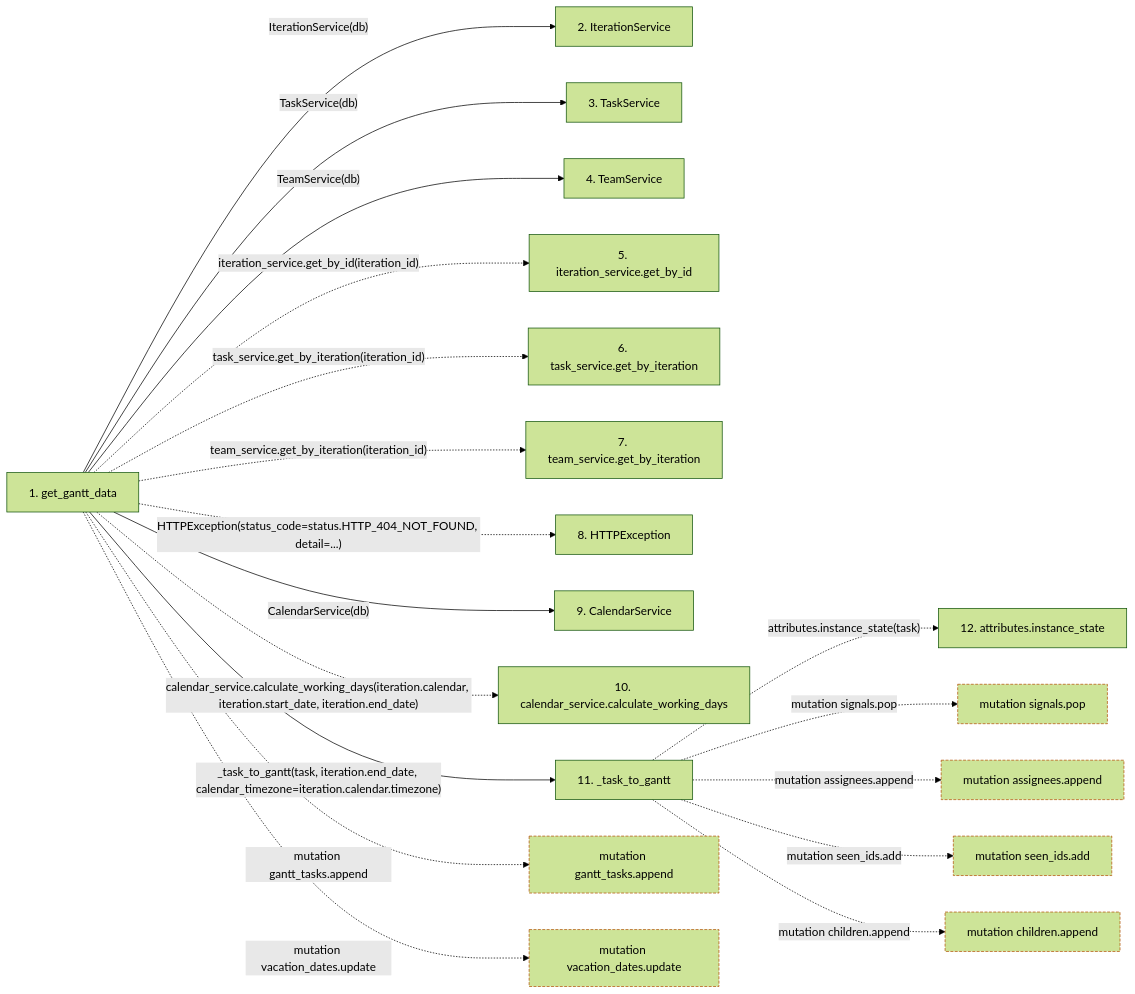
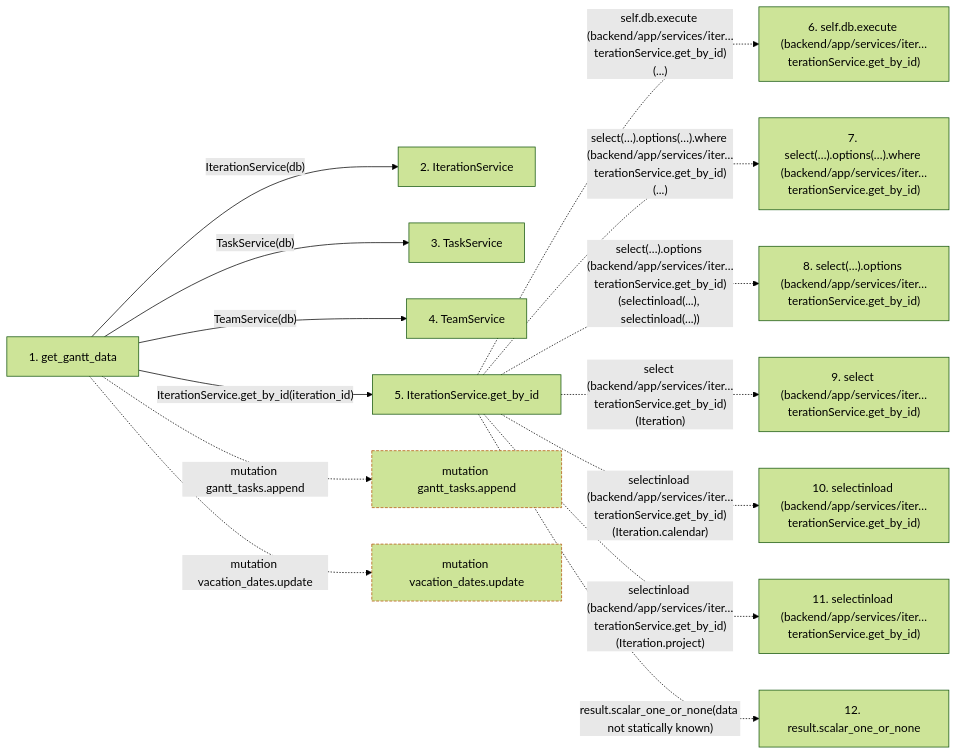
Before and after one commit to Denissvgn/WorkChord: the second of 2 diagrams in docs/llm_wiki/flows/http-get_gantt_data.md, drawn with Mermaid (forest theme). The commit also changed other lines of this file and 25171 other files, not shown here.

````diff
--- a/docs/llm_wiki/flows/http-get_gantt_data.md
+++ b/docs/llm_wiki/flows/http-get_gantt_data.md
@@ -89,51 +141,38 @@
 ```mermaid
 flowchart LR
     s1["1. get_gantt_data"]
     s2["2. IterationService"]
     s3["3. TaskService"]
     s4["4. TeamService"]
-    s5["5. iteration_service.get_by_id"]
-    s6["6. task_service.get_by_iteration"]
-    s7["7. team_service.get_by_iteration"]
-    s8["8. HTTPException"]
-    s9["9. CalendarService"]
-    s10["10. calendar_service.calculate_working_days"]
-    s11["11. _task_to_gantt"]
-    s12["12. attributes.instance_state"]
+    s5["5. IterationService.get_by_id"]
+    s6["6. self.db.execute (backend/app/services/iter…terationService.get_by_id)"]
+    s7["7. select(…).options(…).where (backend/app/services/iter…terationService.get_by_id)"]
+    s8["8. select(…).options (backend/app/services/iter…terationService.get_by_id)"]
+    s9["9. select (backend/app/services/iter…terationService.get_by_id)"]
+    s10["10. selectinload (backend/app/services/iter…terationService.get_by_id)"]
+    s11["11. selectinload (backend/app/services/iter…terationService.get_by_id)"]
+    s12["12. result.scalar_one_or_none"]
     s1 -->|"IterationService(db)"| s2
     s1 -->|"TaskService(db)"| s3
     s1 -->|"TeamService(db)"| s4
-    s1 -. "iteration_service.get_by_id(iteration_id)" .-> s5
-    s1 -. "task_service.get_by_iteration(iteration_id)" .-> s6
-    s1 -. "team_service.get_by_iteration(iteration_id)" .-> s7
-    s1 -. "HTTPException(status_code=status.HTTP_404_NOT_FOUND, detail=...)" .-> s8
-    s1 -->|"CalendarService(db)"| s9
-    s1 -. "calendar_service.calculate_working_days(iteration.calendar, iteration.start_date, iteration.end_date)" .-> s10
-    s1 -->|"_task_to_gantt(task, iteration.end_date, calendar_timezone=iteration.calendar.timezone)"| s11
-    s11 -. "attributes.instance_state(task)" .-> s12
+    s1 -->|"IterationService.get_by_id(iteration_id)"| s5
+    s5 -. "self.db.execute (backend/app/services/iter…terationService.get_by_id)(...)" .-> s6
+    s5 -. "select(…).options(…).where (backend/app/services/iter…terationService.get_by_id)(...)" .-> s7
+    s5 -. "select(…).options (backend/app/services/iter…terationService.get_by_id)(selectinload(...), selectinload(...))" .-> s8
+    s5 -. "select (backend/app/services/iter…terationService.get_by_id)(Iteration)" .-> s9
+    s5 -. "selectinload (backend/app/services/iter…terationService.get_by_id)(Iteration.calendar)" .-> s10
+    s5 -. "selectinload (backend/app/services/iter…terationService.get_by_id)(Iteration.project)" .-> s11
+    s5 -. "result.scalar_one_or_none(data not statically known)" .-> s12
     b0["mutation gantt_tasks.append"]
     s1 -. "mutation gantt_tasks.append" .-> b0
     b1["mutation vacation_dates.update"]
     s1 -. "mutation vacation_dates.update" .-> b1
-    b2["mutation signals.pop"]
-    s11 -. "mutation signals.pop" .-> b2
-    b3["mutation assignees.append"]
-    s11 -. "mutation assignees.append" .-> b3
-    b4["mutation seen_ids.add"]
-    s11 -. "mutation seen_ids.add" .-> b4
-    b5["mutation children.append"]
-    s11 -. "mutation children.append" .-> b5
     click s1 "../modules/routers_gantt.md"
     click s2 "../modules/iteration_service.md"
     click s3 "../modules/task_service.md"
     click s4 "../modules/team_service.md"
-    click s9 "../modules/calendar_service.md"
-    click s11 "../modules/routers_gantt.md"
+    click s5 "../modules/iteration_service.md"
     classDef boundary stroke:#b45309,stroke-dasharray: 4 2
     class b0 boundary
     class b1 boundary
-    class b2 boundary
-    class b3 boundary
-    class b4 boundary
-    class b5 boundary
 ```
````
